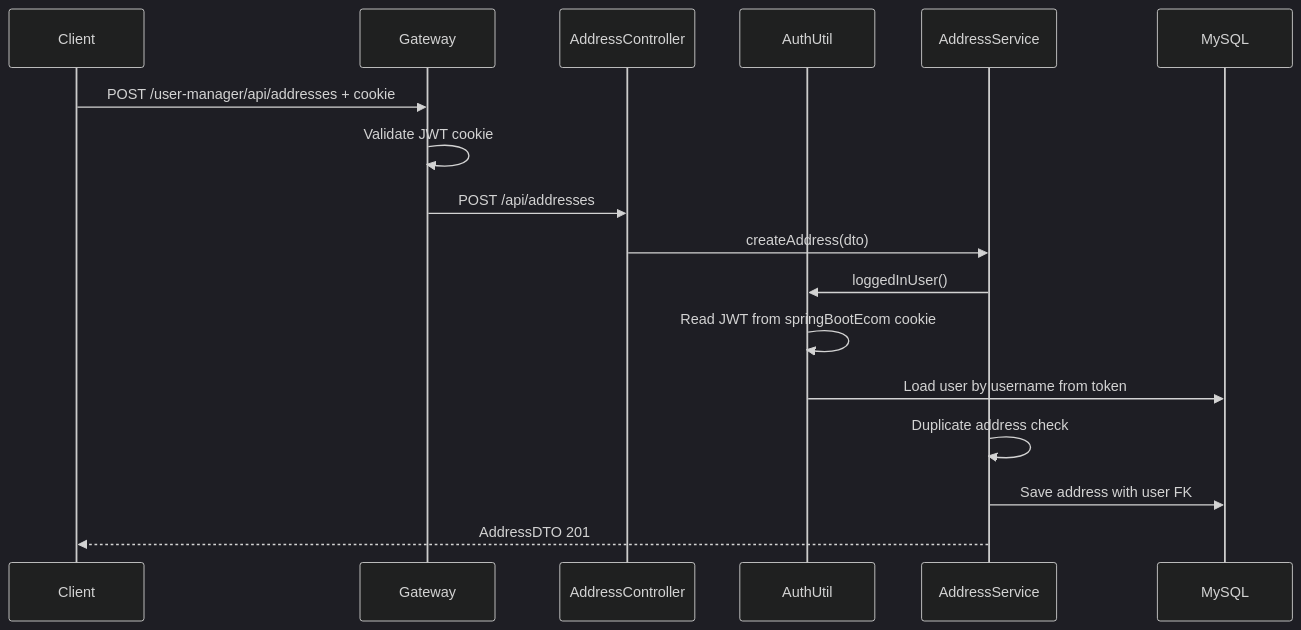
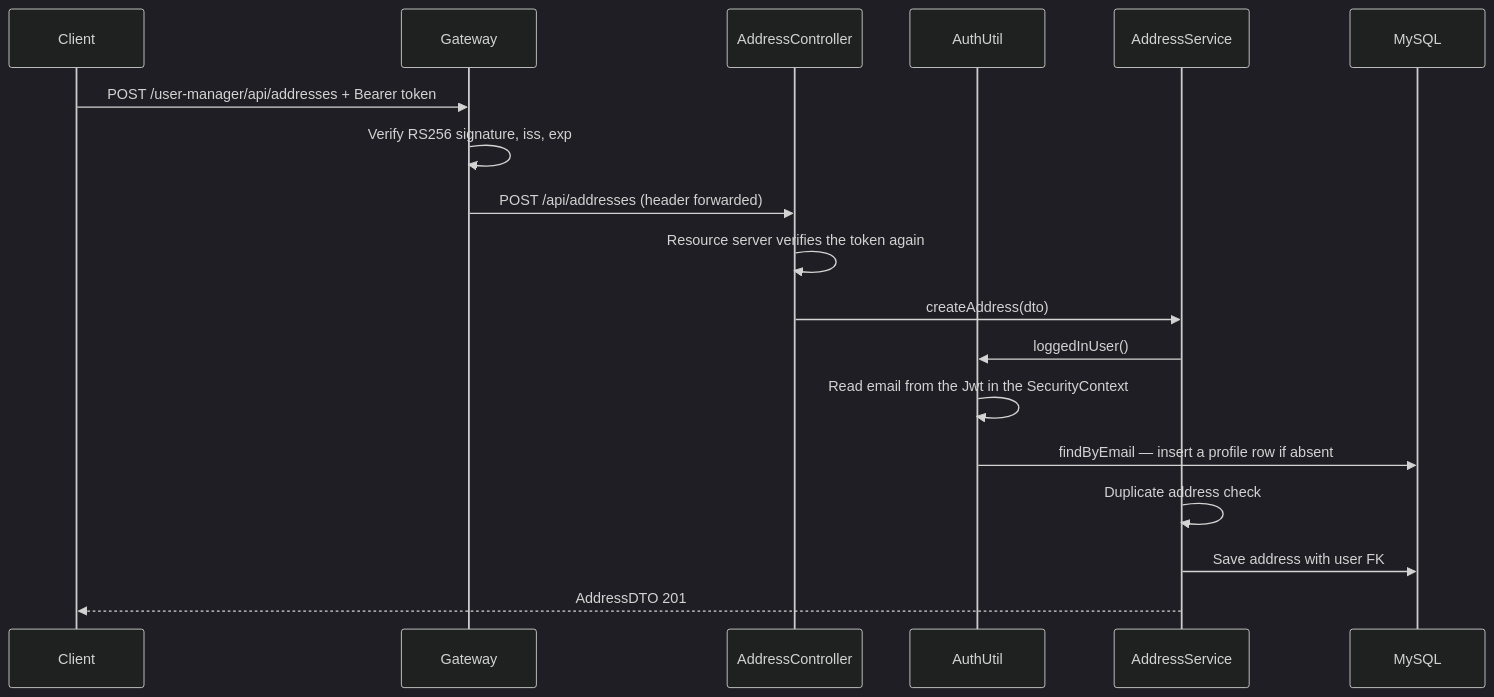
The second of 5 diagrams in docs/backend/services/user-service.md (thaivanlam/Techzone-laptop-project), drawn with Mermaid (dark theme) before and after one commit. The commit also changed other lines of this file and 60 other files, not shown here.

````diff
--- a/docs/backend/services/user-service.md
+++ b/docs/backend/services/user-service.md
@@ -132,20 +143,21 @@
 ```mermaid
 sequenceDiagram
     participant Client
     participant Gateway
     participant AddressController
     participant AuthUtil
     participant AddressService
     participant DB as MySQL
 
-    Client->>Gateway: POST /user-manager/api/addresses + cookie
-    Gateway->>Gateway: Validate JWT cookie
-    Gateway->>AddressController: POST /api/addresses
+    Client->>Gateway: POST /user-manager/api/addresses + Bearer token
+    Gateway->>Gateway: Verify RS256 signature, iss, exp
+    Gateway->>AddressController: POST /api/addresses (header forwarded)
+    AddressController->>AddressController: Resource server verifies the token again
     AddressController->>AddressService: createAddress(dto)
     AddressService->>AuthUtil: loggedInUser()
-    AuthUtil->>AuthUtil: Read JWT from springBootEcom cookie
-    AuthUtil->>DB: Load user by username from token
+    AuthUtil->>AuthUtil: Read email from the Jwt in the SecurityContext
+    AuthUtil->>DB: findByEmail — insert a profile row if absent
     AddressService->>AddressService: Duplicate address check
     AddressService->>DB: Save address with user FK
     AddressService-->>Client: AddressDTO 201
 ```
````
